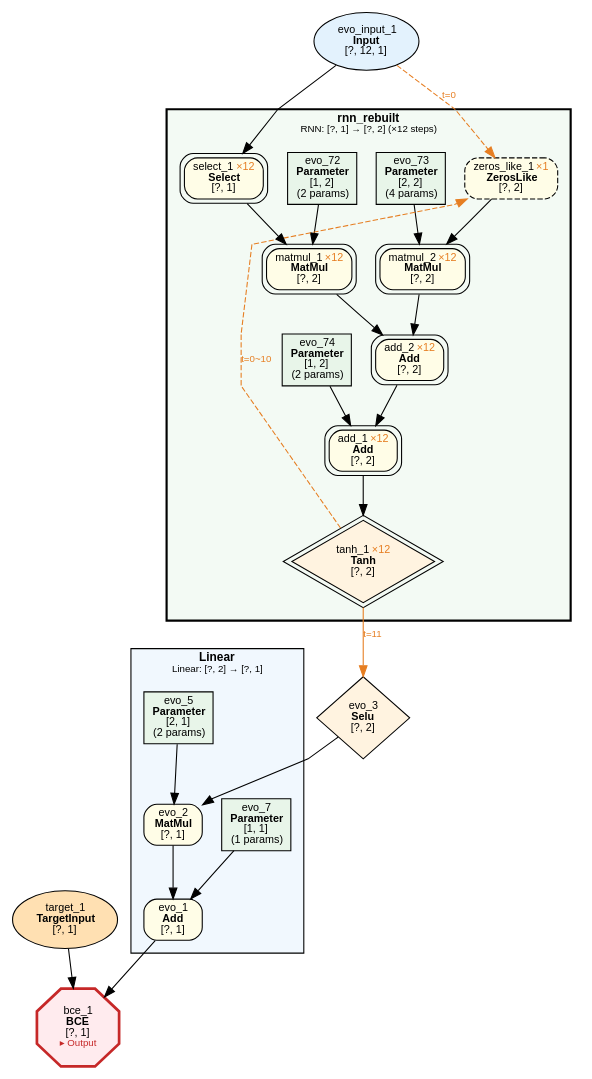
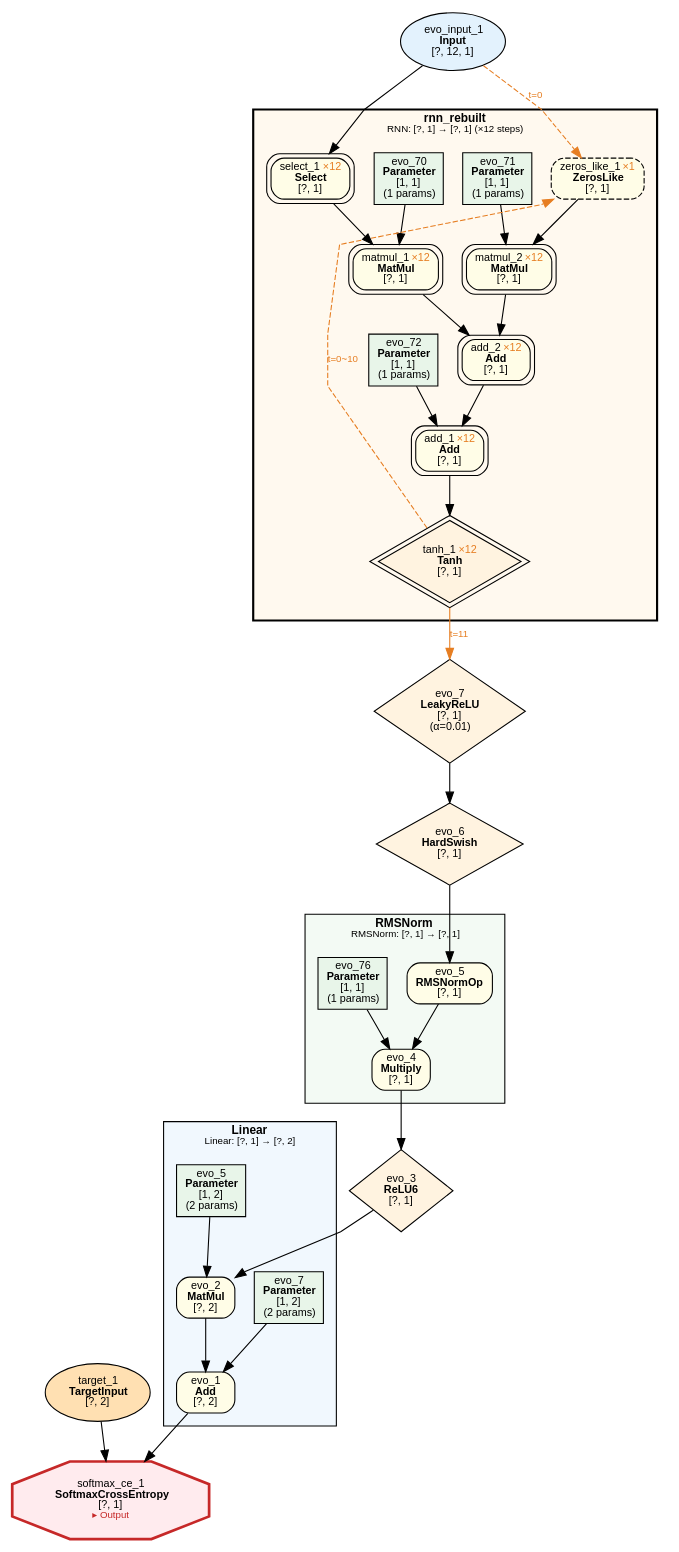
One commit to dbsxdbsx/only_torch changed the diagram in examples/evolution/parity_seq_var_len/evolution_parity_seq_var_len.dot. Above: the diagram before and after it, drawn with Graphviz. The commit also changed 10 other files, not shown here.

First line of the commit message:
fix(evolution): 修复 RNN 重建路径 NodeGroupTag 被 backfill 覆盖的可视化 bug + Phase F 短期改进

```diff
--- a/examples/evolution/parity_seq_var_len/evolution_parity_seq_var_len.dot
+++ b/examples/evolution/parity_seq_var_len/evolution_parity_seq_var_len.dot
@@ -1,66 +1,85 @@
 digraph ComputeGraph {
     rankdir=TB;
     newrank=true;
     splines=polyline;
     node [fontname="Microsoft YaHei,SimHei,Arial"];
     edge [fontname="Microsoft YaHei,SimHei,Arial"];
 
     subgraph cluster_group_linear_1 {
-        label=<<B>Linear</B><BR/><FONT POINT-SIZE="9">Linear: [?, 2] → [?, 1]</FONT>>;
+        label=<<B>Linear</B><BR/><FONT POINT-SIZE="9">Linear: [?, 1] → [?, 2]</FONT>>;
         style=filled;
         fillcolor="#E3F2FD80";
         fontname="Microsoft YaHei,SimHei,Arial";
         fontsize=11;
         margin=12;
-            "2" [label=<evo_1<BR/><B>Add</B><BR/>[?, 1]> shape=box style="filled,rounded" fillcolor="#FFFDE7" fontsize=10];
-            "4" [label=<evo_2<BR/><B>MatMul</B><BR/>[?, 1]> shape=box style="filled,rounded" fillcolor="#FFFDE7" fontsize=10];
-            "5" [label=<evo_7<BR/><B>Parameter</B><BR/>[1, 1]<BR/>(1 params)> shape=box style=filled fillcolor="#E8F5E9" fontsize=10];
-            "7" [label=<evo_5<BR/><B>Parameter</B><BR/>[2, 1]<BR/>(2 params)> shape=box style=filled fillcolor="#E8F5E9" fontsize=10];
+            "2" [label=<evo_1<BR/><B>Add</B><BR/>[?, 2]> shape=box style="filled,rounded" fillcolor="#FFFDE7" fontsize=10];
+            "4" [label=<evo_2<BR/><B>MatMul</B><BR/>[?, 2]> shape=box style="filled,rounded" fillcolor="#FFFDE7" fontsize=10];
+            "5" [label=<evo_7<BR/><B>Parameter</B><BR/>[1, 2]<BR/>(2 params)> shape=box style=filled fillcolor="#E8F5E9" fontsize=10];
+            "7" [label=<evo_5<BR/><B>Parameter</B><BR/>[1, 2]<BR/>(2 params)> shape=box style=filled fillcolor="#E8F5E9" fontsize=10];
     }
 
-    subgraph cluster_group_rnn_0 {
-        label=<<B>rnn_rebuilt</B><BR/><FONT POINT-SIZE="9">RNN: [?, 1] → [?, 2] (×12 steps)</FONT>>;
-        style="filled,bold";
-        peripheries=3;
-        penwidth=2;
+    subgraph cluster_group_rmsnorm_3 {
+        label=<<B>RMSNorm</B><BR/><FONT POINT-SIZE="9">RMSNorm: [?, 1] → [?, 1]</FONT>>;
+        style=filled;
         fillcolor="#E8F5E980";
         fontname="Microsoft YaHei,SimHei,Arial";
         fontsize=11;
         margin=12;
-            "8" [label=<evo_74<BR/><B>Parameter</B><BR/>[1, 2]<BR/>(2 params)> shape=box style=filled fillcolor="#E8F5E9" fontsize=10];
-            "9" [label=<evo_72<BR/><B>Parameter</B><BR/>[1, 2]<BR/>(2 params)> shape=box style=filled fillcolor="#E8F5E9" fontsize=10];
-            "10" [label=<evo_73<BR/><B>Parameter</B><BR/>[2, 2]<BR/>(4 params)> shape=box style=filled fillcolor="#E8F5E9" fontsize=10];
-            "12" [label=<tanh_1 <FONT COLOR="#E67E22">×12</FONT><BR/><B>Tanh</B><BR/>[?, 2]> shape=diamond style=filled fillcolor="#FFF3E0" fontsize=10 peripheries=2];
-            "13" [label=<add_1 <FONT COLOR="#E67E22">×12</FONT><BR/><B>Add</B><BR/>[?, 2]> shape=box style="filled,rounded" fillcolor="#FFFDE7" fontsize=10 peripheries=2];
-            "14" [label=<add_2 <FONT COLOR="#E67E22">×12</FONT><BR/><B>Add</B><BR/>[?, 2]> shape=box style="filled,rounded" fillcolor="#FFFDE7" fontsize=10 peripheries=2];
-            "15" [label=<matmul_1 <FONT COLOR="#E67E22">×12</FONT><BR/><B>MatMul</B><BR/>[?, 2]> shape=box style="filled,rounded" fillcolor="#FFFDE7" fontsize=10 peripheries=2];
-            "16" [label=<matmul_2 <FONT COLOR="#E67E22">×12</FONT><BR/><B>MatMul</B><BR/>[?, 2]> shape=box style="filled,rounded" fillcolor="#FFFDE7" fontsize=10 peripheries=2];
-            "17" [label=<select_1 <FONT COLOR="#E67E22">×12</FONT><BR/><B>Select</B><BR/>[?, 1]> shape=box style="filled,rounded" fillcolor="#FFFDE7" fontsize=10 peripheries=2];
-            "18" [label=<zeros_like_1 <FONT COLOR="#E67E22">×1</FONT><BR/><B>ZerosLike</B><BR/>[?, 2]> shape=box style="filled,rounded,dashed" fillcolor="#FFFDE7" fontsize=10];
+            "8" [label=<evo_4<BR/><B>Multiply</B><BR/>[?, 1]> shape=box style="filled,rounded" fillcolor="#FFFDE7" fontsize=10];
+            "9" [label=<evo_5<BR/><B>RMSNormOp</B><BR/>[?, 1]> shape=box style="filled,rounded" fillcolor="#FFFDE7" fontsize=10];
+            "10" [label=<evo_76<BR/><B>Parameter</B><BR/>[1, 1]<BR/>(1 params)> shape=box style=filled fillcolor="#E8F5E9" fontsize=10];
     }
 
-    "1" [label=<bce_1<BR/><B>BCE</B><BR/>[?, 1]<BR/><FONT COLOR="#C62828" POINT-SIZE="9">▸ Output</FONT>> shape=octagon style=filled fillcolor="#FFEBEE" fontsize=10 penwidth=2.5 color="#C62828"];
-    "3" [label=<target_1<BR/><B>TargetInput</B><BR/>[?, 1]> shape=ellipse style=filled fillcolor="#FFE0B2" fontsize=10];
-    "6" [label=<evo_3<BR/><B>Selu</B><BR/>[?, 2]> shape=diamond style=filled fillcolor="#FFF3E0" fontsize=10];
-    "11" [label=<evo_input_1<BR/><B>Input</B><BR/>[?, 12, 1]> shape=ellipse style=filled fillcolor="#E3F2FD" fontsize=10];
+    subgraph cluster_group_rnn_0 {
+        label=<<B>rnn_rebuilt</B><BR/><FONT POINT-SIZE="9">RNN: [?, 1] → [?, 1] (×12 steps)</FONT>>;
+        style="filled,bold";
+        peripheries=3;
+        penwidth=2;
+        fillcolor="#FFF3E080";
+        fontname="Microsoft YaHei,SimHei,Arial";
+        fontsize=11;
+        margin=12;
+            "13" [label=<evo_72<BR/><B>Parameter</B><BR/>[1, 1]<BR/>(1 params)> shape=box style=filled fillcolor="#E8F5E9" fontsize=10];
+            "14" [label=<evo_70<BR/><B>Parameter</B><BR/>[1, 1]<BR/>(1 params)> shape=box style=filled fillcolor="#E8F5E9" fontsize=10];
+            "15" [label=<evo_71<BR/><B>Parameter</B><BR/>[1, 1]<BR/>(1 params)> shape=box style=filled fillcolor="#E8F5E9" fontsize=10];
+            "17" [label=<tanh_1 <FONT COLOR="#E67E22">×12</FONT><BR/><B>Tanh</B><BR/>[?, 1]> shape=diamond style=filled fillcolor="#FFF3E0" fontsize=10 peripheries=2];
+            "18" [label=<add_1 <FONT COLOR="#E67E22">×12</FONT><BR/><B>Add</B><BR/>[?, 1]> shape=box style="filled,rounded" fillcolor="#FFFDE7" fontsize=10 peripheries=2];
+            "19" [label=<add_2 <FONT COLOR="#E67E22">×12</FONT><BR/><B>Add</B><BR/>[?, 1]> shape=box style="filled,rounded" fillcolor="#FFFDE7" fontsize=10 peripheries=2];
+            "20" [label=<matmul_1 <FONT COLOR="#E67E22">×12</FONT><BR/><B>MatMul</B><BR/>[?, 1]> shape=box style="filled,rounded" fillcolor="#FFFDE7" fontsize=10 peripheries=2];
+            "21" [label=<matmul_2 <FONT COLOR="#E67E22">×12</FONT><BR/><B>MatMul</B><BR/>[?, 1]> shape=box style="filled,rounded" fillcolor="#FFFDE7" fontsize=10 peripheries=2];
+            "22" [label=<select_1 <FONT COLOR="#E67E22">×12</FONT><BR/><B>Select</B><BR/>[?, 1]> shape=box style="filled,rounded" fillcolor="#FFFDE7" fontsize=10 peripheries=2];
+            "23" [label=<zeros_like_1 <FONT COLOR="#E67E22">×1</FONT><BR/><B>ZerosLike</B><BR/>[?, 1]> shape=box style="filled,rounded,dashed" fillcolor="#FFFDE7" fontsize=10];
+    }
+
+    "1" [label=<softmax_ce_1<BR/><B>SoftmaxCrossEntropy</B><BR/>[?, 1]<BR/><FONT COLOR="#C62828" POINT-SIZE="9">▸ Output</FONT>> shape=octagon style=filled fillcolor="#FFEBEE" fontsize=10 penwidth=2.5 color="#C62828"];
+    "3" [label=<target_1<BR/><B>TargetInput</B><BR/>[?, 2]> shape=ellipse style=filled fillcolor="#FFE0B2" fontsize=10];
+    "6" [label=<evo_3<BR/><B>ReLU6</B><BR/>[?, 1]> shape=diamond style=filled fillcolor="#FFF3E0" fontsize=10];
+    "11" [label=<evo_6<BR/><B>HardSwish</B><BR/>[?, 1]> shape=diamond style=filled fillcolor="#FFF3E0" fontsize=10];
+    "12" [label=<evo_7<BR/><B>LeakyReLU</B><BR/>[?, 1]<BR/>(α=0.01)> shape=diamond style=filled fillcolor="#FFF3E0" fontsize=10];
+    "16" [label=<evo_input_1<BR/><B>Input</B><BR/>[?, 12, 1]> shape=ellipse style=filled fillcolor="#E3F2FD" fontsize=10];
 
     "2" -> "1";
     "3" -> "1";
     "4" -> "2";
     "5" -> "2";
     "6" -> "4";
     "7" -> "4";
-    "12" -> "6" [ color="#E67E22" label=<t=11> fontcolor="#E67E22" fontsize=9];
-    "13" -> "12";
-    "14" -> "13";
-    "8" -> "13";
-    "15" -> "14";
-    "16" -> "14";
-    "17" -> "15";
-    "9" -> "15";
-    "18" -> "16";
-    "10" -> "16";
-    "11" -> "17";
-    "11" -> "18" [ style=dashed color="#E67E22" label=<t=0> fontcolor="#E67E22" fontsize=9];
-    "12" -> "18" [style=dashed color="#E67E22" label=<t=0~10> fontcolor="#E67E22" fontsize=9 constraint=false];
+    "8" -> "6";
+    "9" -> "8";
+    "10" -> "8";
+    "11" -> "9";
+    "12" -> "11";
+    "17" -> "12" [ color="#E67E22" label=<t=11> fontcolor="#E67E22" fontsize=9];
+    "18" -> "17";
+    "19" -> "18";
+    "13" -> "18";
+    "20" -> "19";
+    "21" -> "19";
+    "22" -> "20";
+    "14" -> "20";
+    "23" -> "21";
+    "15" -> "21";
+    "16" -> "22";
+    "16" -> "23" [ style=dashed color="#E67E22" label=<t=0> fontcolor="#E67E22" fontsize=9];
+    "17" -> "23" [style=dashed color="#E67E22" label=<t=0~10> fontcolor="#E67E22" fontsize=9 constraint=false];
 }
```
